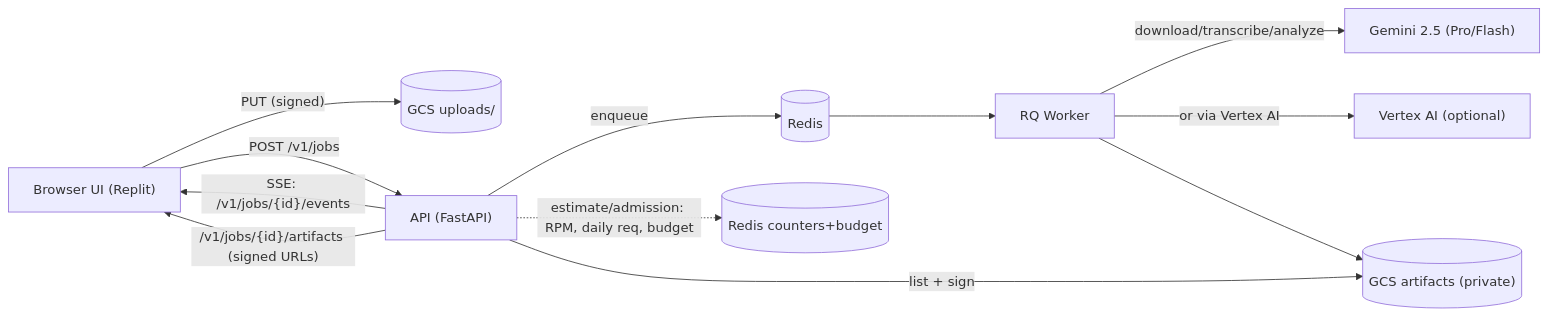
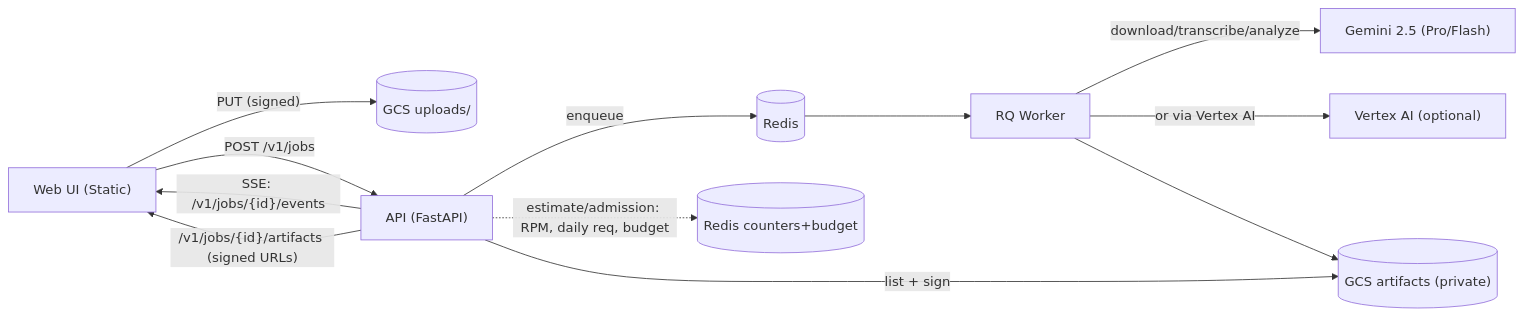
One commit to bubroz/clipscribe changed the diagram in docs/architecture/ARCHITECTURE_DIAGRAM.md. Above: the diagram before and after it, drawn with Mermaid. The commit also changed other lines of this file and 7 other files, not shown here.

Commit message:
docs(tech): update technical and architectural documentation

````diff
--- a/docs/architecture/ARCHITECTURE_DIAGRAM.md
+++ b/docs/architecture/ARCHITECTURE_DIAGRAM.md
@@ -7,18 +7,18 @@
 ```mermaid
 flowchart LR
-  B["Browser UI (Replit)"] -- "PUT (signed)" --> T[("GCS uploads/")]
+  B["Web UI (Static)"] -- "PUT (signed)" --> T[("GCS uploads/")]
   B -- "POST /v1/jobs" --> A["API (FastAPI)"]
   A -- "SSE: /v1/jobs/{id}/events" --> B
   A -- "/v1/jobs/{id}/artifacts (signed URLs)" --> B
 
   A -- "enqueue" --> R[("Redis")]
   R --> W["RQ Worker"]
 
   W -- "download/transcribe/analyze" --> GMI["Gemini 2.5 (Pro/Flash)"]
   W -- "or via Vertex AI" --> V["Vertex AI (optional)"]
 
   W --> GA[("GCS artifacts (private)")]
   A -- "list + sign" --> GA
 
   A -. "estimate/admission: RPM, daily req, budget" .-> RC[("Redis counters+budget")]
 ```
````
